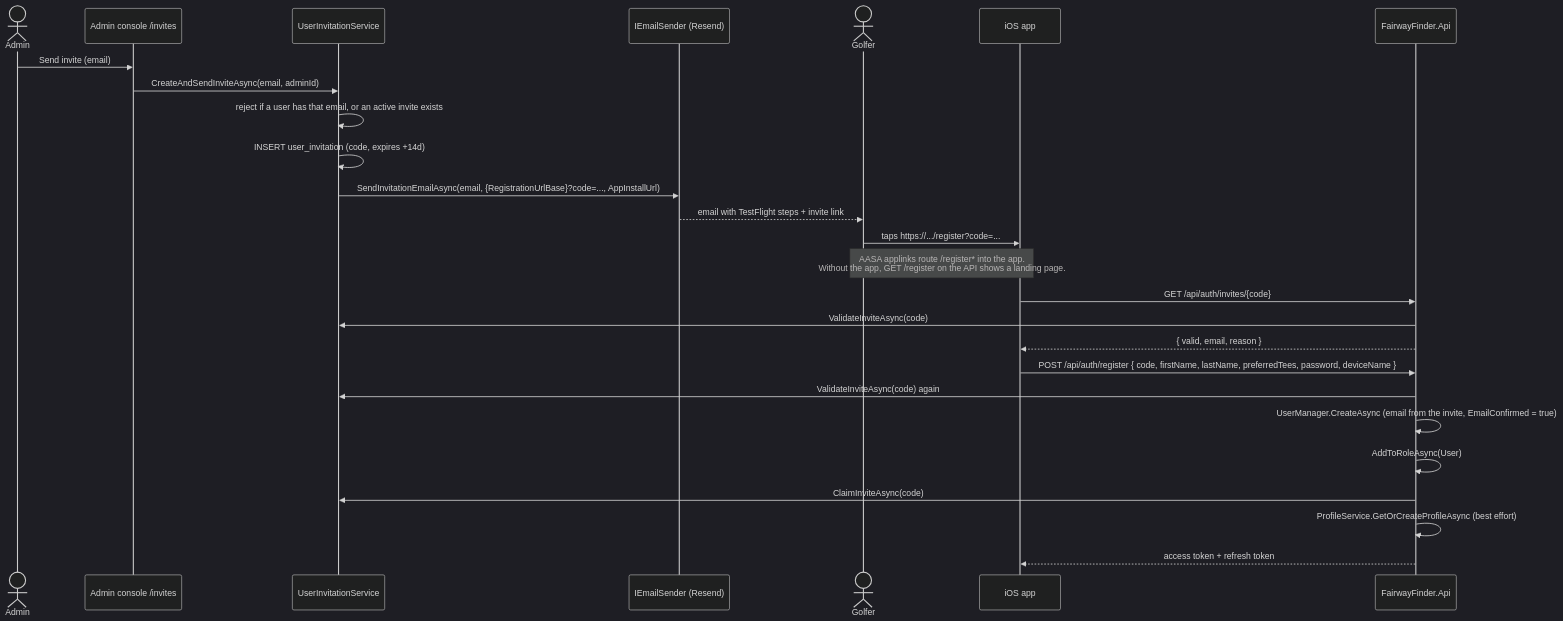
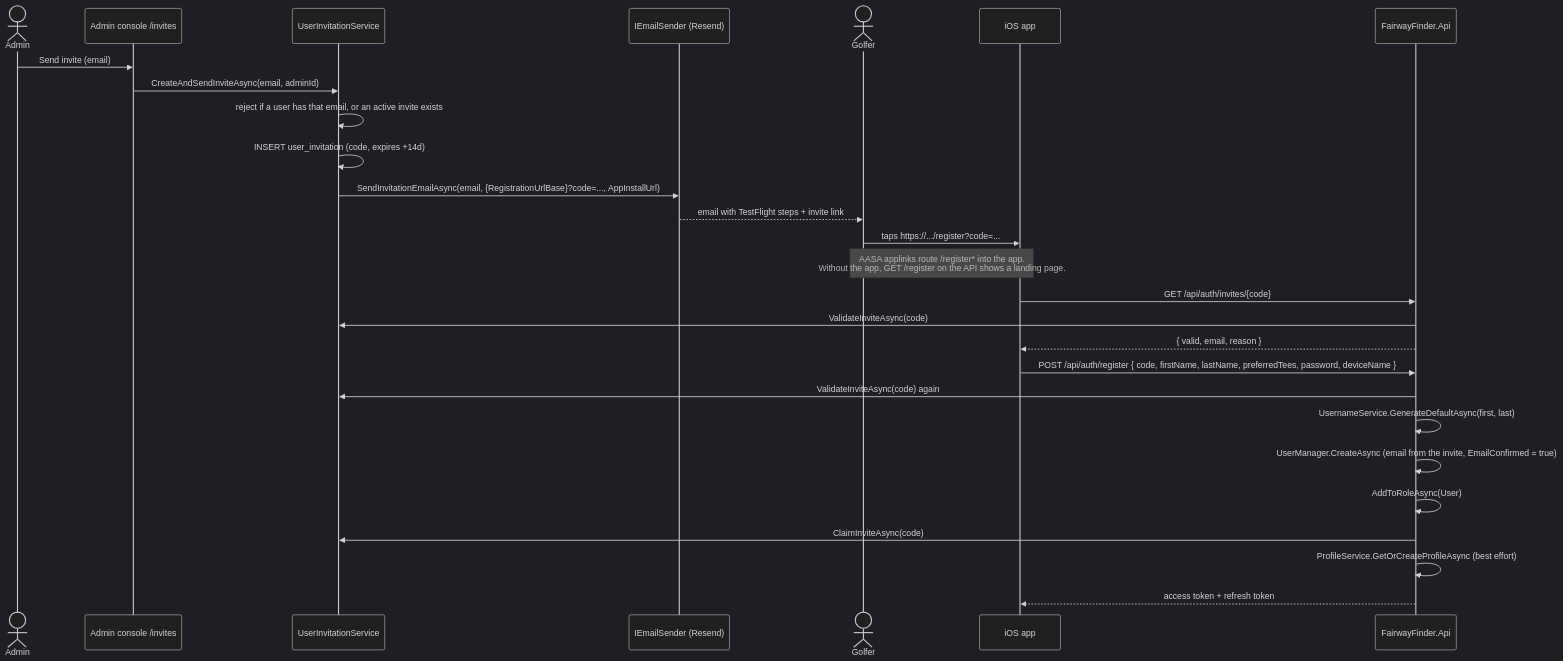
One commit to georgebjork/FairwayFinder changed the first of 3 diagrams in docs/features/users-and-social.md. Above: the diagram before and after it, drawn with Mermaid (dark theme). The commit also changed other lines of this file and 92 other files, not shown here.

````diff
--- a/docs/features/users-and-social.md
+++ b/docs/features/users-and-social.md
@@ -46,30 +46,31 @@
 ```mermaid
 sequenceDiagram
     actor Admin
     participant Console as Admin console /invites
     participant Inv as UserInvitationService
     participant Mail as IEmailSender (Resend)
     actor Golfer
     participant iOS as iOS app
     participant Api as FairwayFinder.Api
 
     Admin->>Console: Send invite (email)
     Console->>Inv: CreateAndSendInviteAsync(email, adminId)
     Inv->>Inv: reject if a user has that email, or an active invite exists
     Inv->>Inv: INSERT user_invitation (code, expires +14d)
     Inv->>Mail: SendInvitationEmailAsync(email, {RegistrationUrlBase}?code=..., AppInstallUrl)
     Mail-->>Golfer: email with TestFlight steps + invite link
 
     Golfer->>iOS: taps https://.../register?code=...
     Note over Golfer,iOS: AASA applinks route /register* into the app.<br/>Without the app, GET /register on the API shows a landing page.
     iOS->>Api: GET /api/auth/invites/{code}
     Api->>Inv: ValidateInviteAsync(code)
     Api-->>iOS: { valid, email, reason }
     iOS->>Api: POST /api/auth/register { code, firstName, lastName, preferredTees, password, deviceName }
     Api->>Inv: ValidateInviteAsync(code) again
+    Api->>Api: UsernameService.GenerateDefaultAsync(first, last)
     Api->>Api: UserManager.CreateAsync (email from the invite, EmailConfirmed = true)
     Api->>Api: AddToRoleAsync(User)
     Api->>Inv: ClaimInviteAsync(code)
     Api->>Api: ProfileService.GetOrCreateProfileAsync (best effort)
     Api-->>iOS: access token + refresh token
 ```
````
